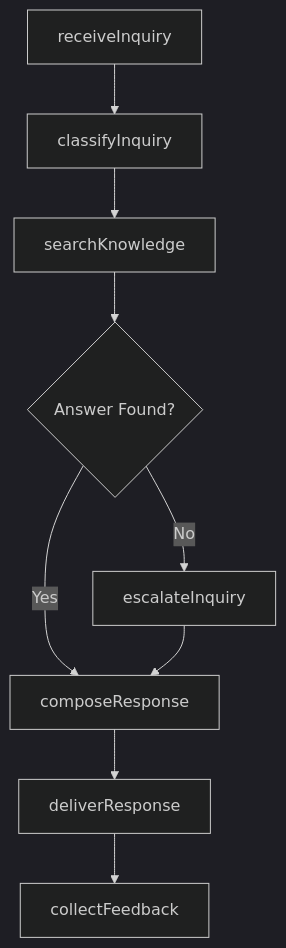
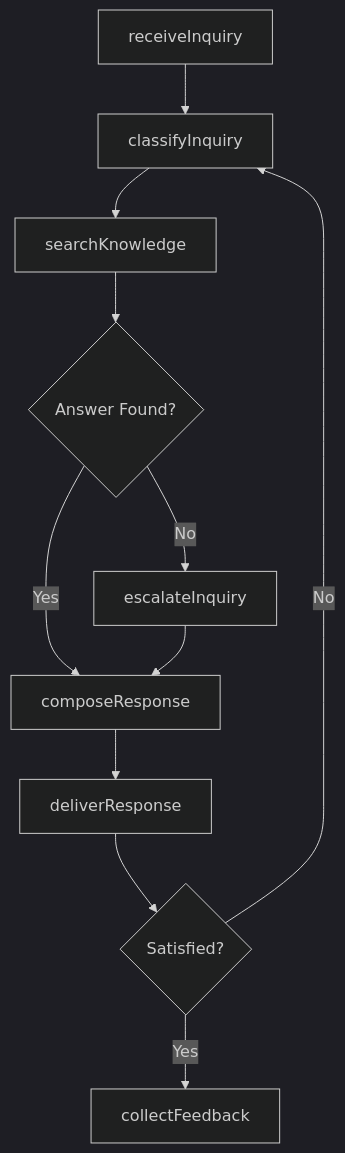
Before and after one commit to dot-org-ai/tasks.org.ai: the third of 4 diagrams in PerformingForOrWorkingDirectlyWithThePublic/RespondToCustomerProblemsOrInquiries/RespondCustomerInquiries.mdx, drawn with Mermaid (dark theme). The commit also changed other lines of this file and 307 other files, not shown here.

First line of the commit message:
feat: Add ER diagrams and state diagrams to remaining 308 DWA task files (wave 3 complete)

````diff
--- a/PerformingForOrWorkingDirectlyWithThePublic/RespondToCustomerProblemsOrInquiries/RespondCustomerInquiries.mdx
+++ b/PerformingForOrWorkingDirectlyWithThePublic/RespondToCustomerProblemsOrInquiries/RespondCustomerInquiries.mdx
@@ -85,11 +113,13 @@
 ```mermaid
 graph TD
     A[receiveInquiry] --> B[classifyInquiry]
     B --> C[searchKnowledge]
     C --> D{Answer Found?}
     D -->|Yes| E[composeResponse]
     D -->|No| F[escalateInquiry]
     E --> G[deliverResponse]
     F --> E
-    G --> H[collectFeedback]
+    G --> H{Satisfied?}
+    H -->|Yes| I[collectFeedback]
+    H -->|No| B
 ```
````
